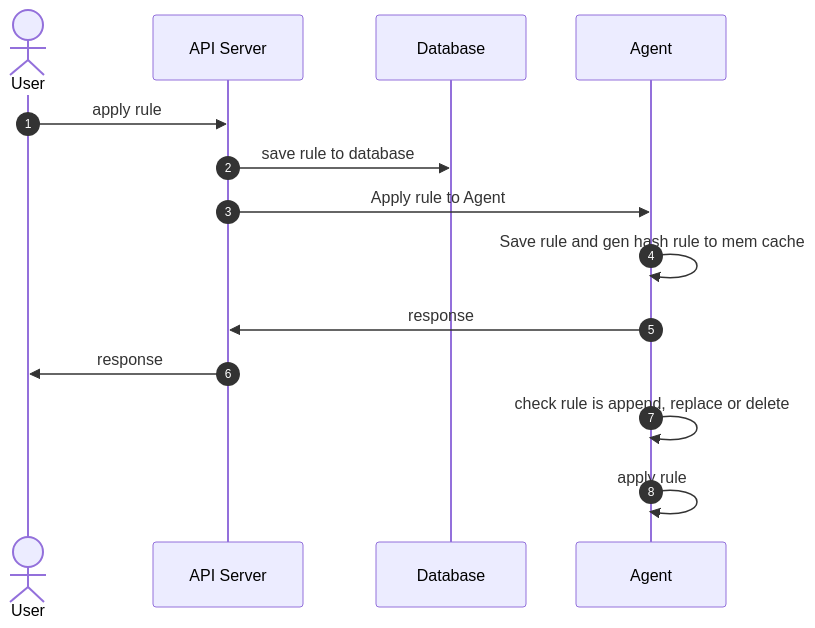
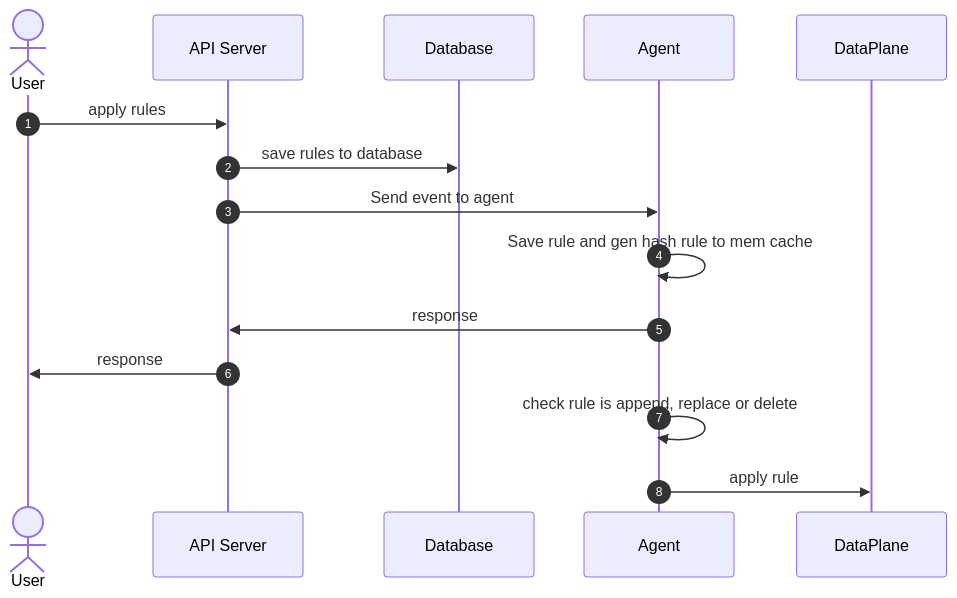
Before and after one commit to bamboo-firewall/docs: the sixth of 7 diagrams in case-studies/policy/usecase.md, drawn with Mermaid. The commit also changed other lines of this file, not shown here.

Commit message:
PAAS-1283-flow-apply-rule

```````diff
--- a/case-studies/policy/usecase.md
+++ b/case-studies/policy/usecase.md
@@ -41,16 +93,17 @@
-``````mermaid
+```mermaid
 sequenceDiagram
-autonumber
-actor U as User
-participant APIS as API Server
-participant DB as Database
-participant Agent as Agent
-U ->> APIS: apply rule
-APIS ->> DB: save rule to database
-APIS ->> Agent: Apply rule to Agent
-Agent ->> Agent: Save rule and gen hash rule to mem cache
-Agent ->> APIS: response
-APIS ->> U: response
-Agent ->> Agent: check rule is append, replace or delete
-Agent ->> Agent: apply rule
-``````
+    autonumber
+    actor U as User
+    participant APIS as API Server
+    participant DB as Database
+    participant Agent as Agent
+    participant DP as DataPlane
+    U ->> APIS: apply rules
+    APIS ->> DB: save rules to database
+    APIS ->> Agent: Send event to agent
+    Agent ->> Agent: Save rule and gen hash rule to mem cache
+    Agent ->> APIS: response
+    APIS ->> U: response
+    Agent ->> Agent: check rule is append, replace or delete
+    Agent ->> DP: apply rule
+```
```````
